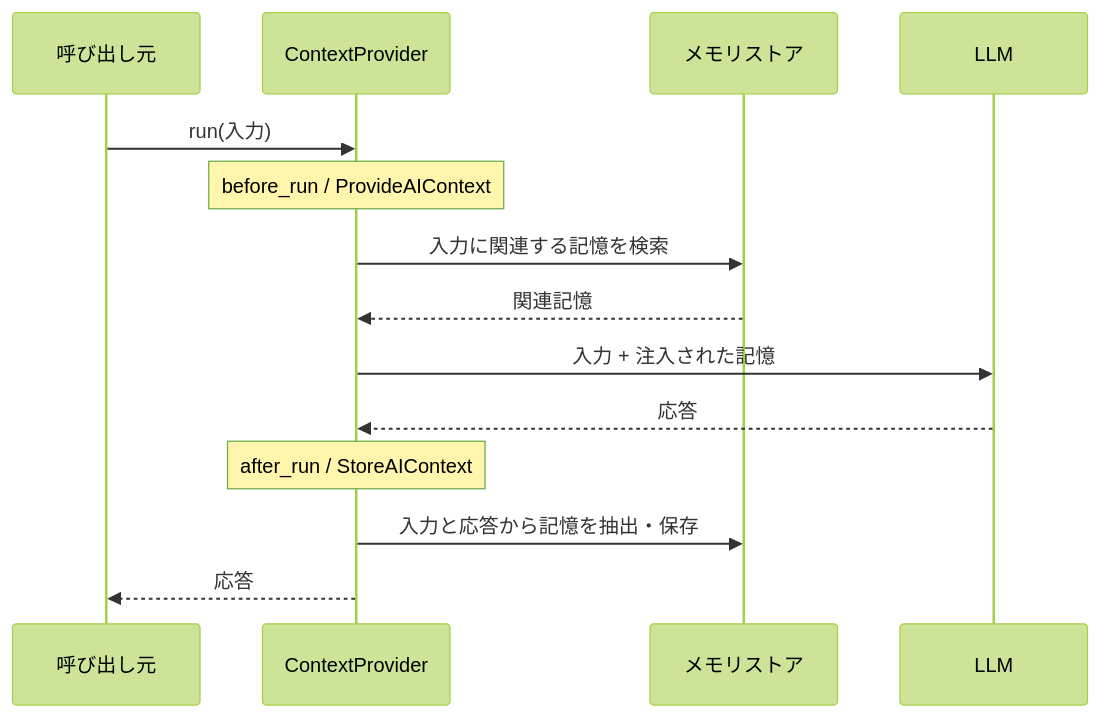
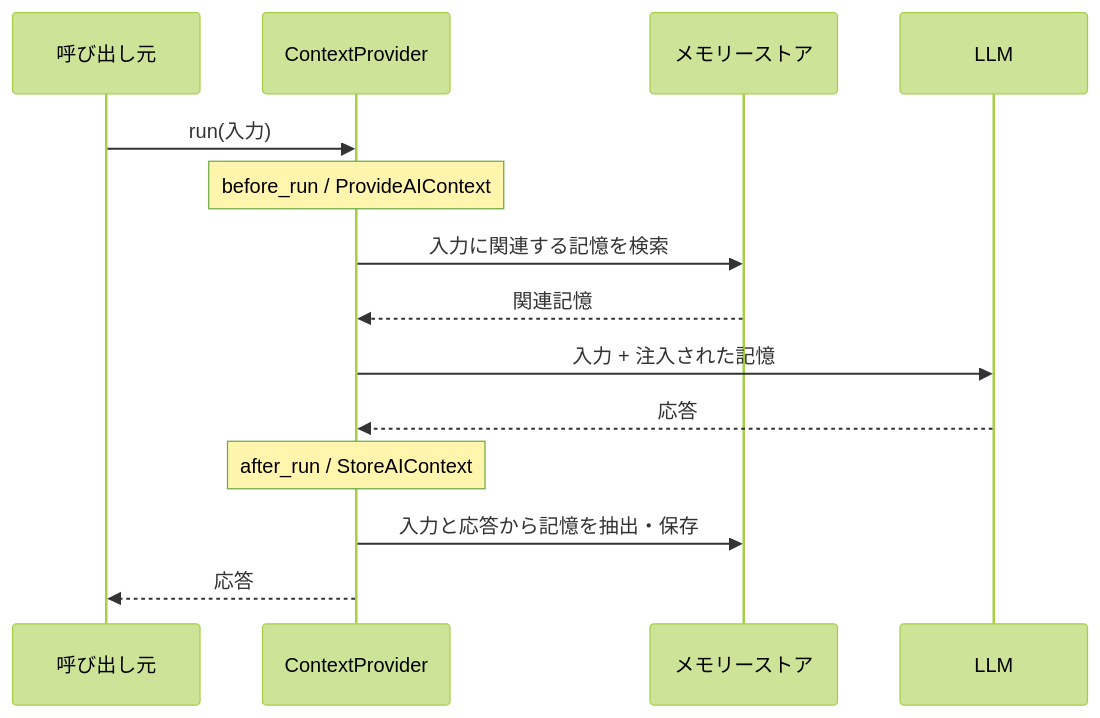
One commit to yoichiozaki/yoichiozaki.github.io changed the fifth of 5 diagrams in content/blog/ja/agent-memory.mdx. Above: the diagram before and after it, drawn with Mermaid (forest theme). The commit also changed other lines of this file and 117 other files, not shown here.

````diff
--- a/content/blog/ja/agent-memory.mdx
+++ b/content/blog/ja/agent-memory.mdx
@@ -372,17 +372,17 @@
 ```mermaid
 sequenceDiagram
     participant Caller as 呼び出し元
     participant CP as ContextProvider
-    participant Store as メモリストア
+    participant Store as メモリーストア
     participant LLM as LLM
 
     Caller->>CP: run(入力)
     Note over CP: before_run / ProvideAIContext
     CP->>Store: 入力に関連する記憶を検索
     Store-->>CP: 関連記憶
     CP->>LLM: 入力 + 注入された記憶
     LLM-->>CP: 応答
     Note over CP: after_run / StoreAIContext
     CP->>Store: 入力と応答から記憶を抽出・保存
     CP-->>Caller: 応答
 ```
````
